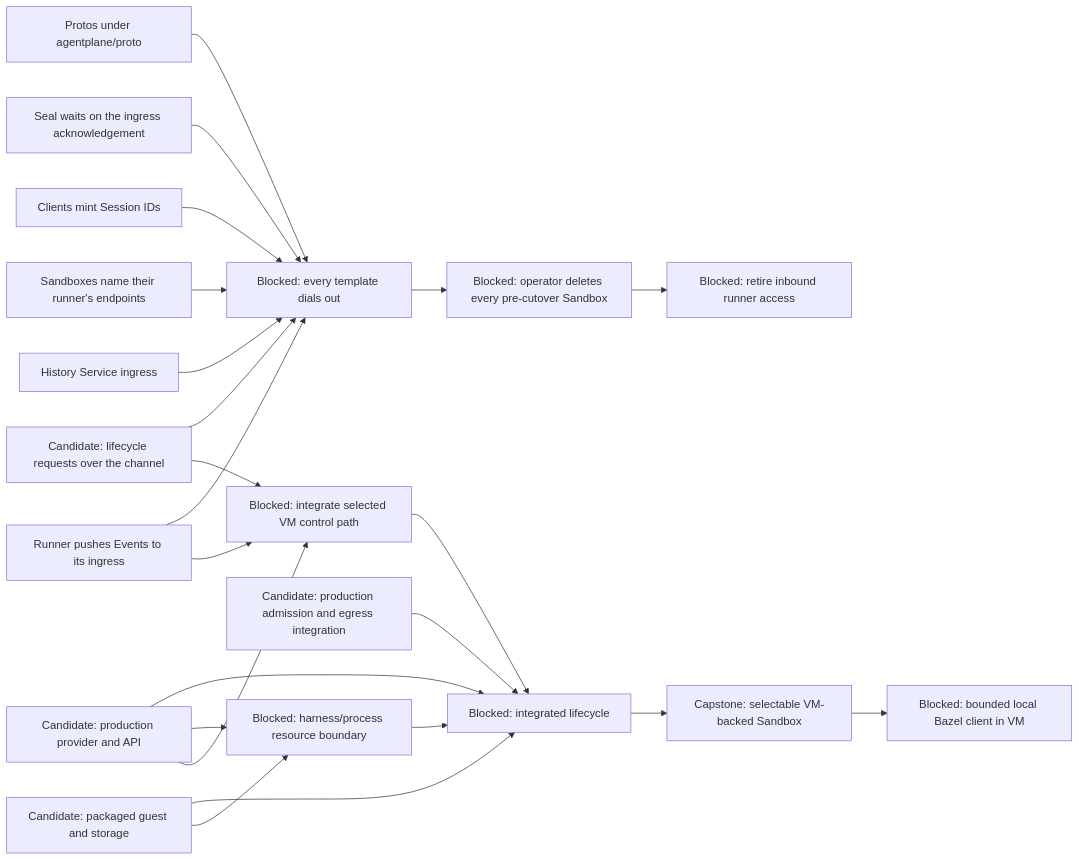
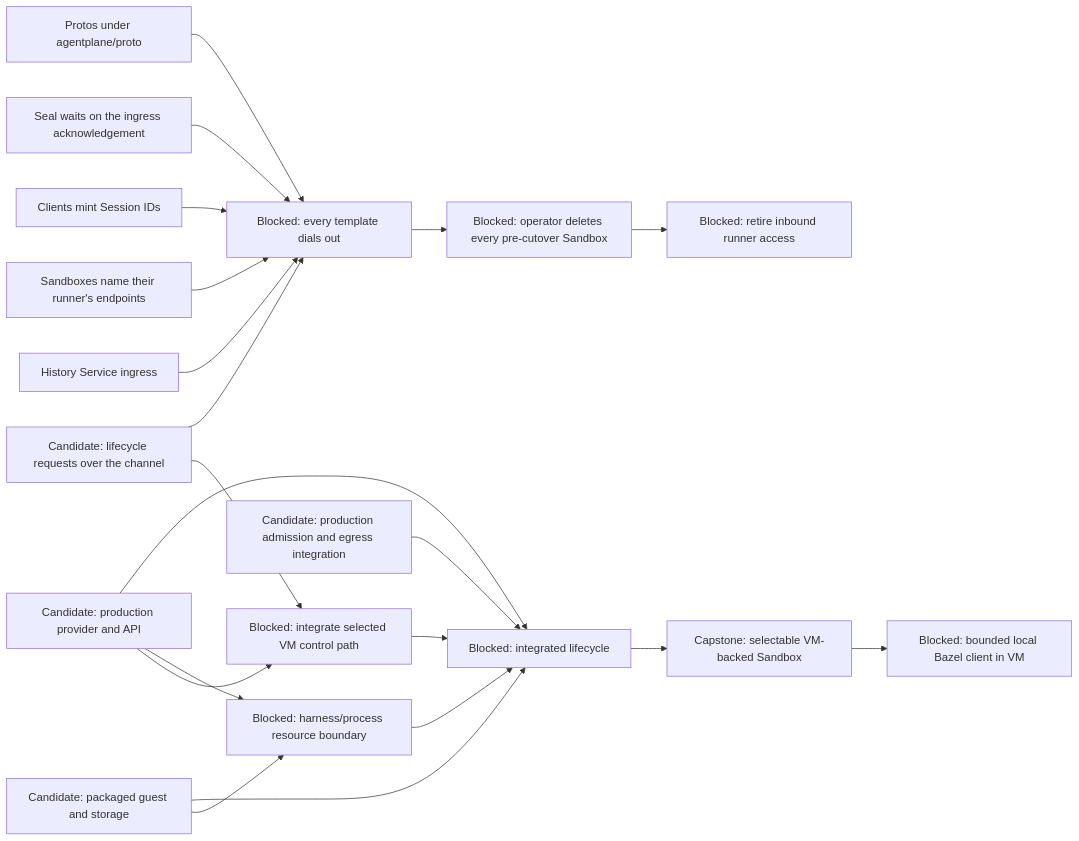
Before and after one commit to agentydragon-agent/ducktape: the sixth of 12 diagrams in agentplane/plans/task_dag.md, drawn with Mermaid. The commit also changed other lines of this file and 15 other files, not shown here.

````diff
--- a/agentplane/plans/task_dag.md
+++ b/agentplane/plans/task_dag.md
@@ -325,32 +325,30 @@
 ```mermaid
 flowchart LR
     RUNNER_OUTBOUND_LIFECYCLE[Candidate: lifecycle requests over the channel]
     RUNNER_OUTBOUND_ROLLOUT[Blocked: every template dials out]
     VM_CONTROL_NETWORKING[Blocked: integrate selected VM control path]
     VM_IMAGE[Candidate: packaged guest and storage]
     VM_PROVIDER[Candidate: production provider and API]
     VM_EGRESS[Candidate: production admission and egress integration]
     VM_PROCESS_ISOLATION[Blocked: harness/process resource boundary]
     VM_LIFECYCLE[Blocked: integrated lifecycle]
     RUNNER_OUTBOUND_LIFECYCLE --> VM_CONTROL_NETWORKING
-    RUNNER_INGRESS_PUSH[Runner pushes Events to its ingress] --> VM_CONTROL_NETWORKING
-    RUNNER_INGRESS_PUSH --> RUNNER_OUTBOUND_ROLLOUT
     HISTORY_INGRESS[History Service ingress] --> RUNNER_OUTBOUND_ROLLOUT
     SANDBOX_RUNNER_ENDPOINTS[Sandboxes name their runner's endpoints] --> RUNNER_OUTBOUND_ROLLOUT
     CLIENT_SESSION_IDS[Clients mint Session IDs] --> RUNNER_OUTBOUND_ROLLOUT
     SEAL_ON_INGRESS_ACK[Seal waits on the ingress acknowledgement] --> RUNNER_OUTBOUND_ROLLOUT
     RUNNER_OUTBOUND_LIFECYCLE --> RUNNER_OUTBOUND_ROLLOUT
     PROTO_DIRECTORY[Protos under agentplane/proto] --> RUNNER_OUTBOUND_ROLLOUT
     RUNNER_OUTBOUND_ROLLOUT --> LEGACY_SANDBOX_RETIRE[Blocked: operator deletes every pre-cutover Sandbox]
     LEGACY_SANDBOX_RETIRE --> RUNNER_INBOUND_RETIRE[Blocked: retire inbound runner access]
     VM_PROVIDER --> VM_CONTROL_NETWORKING
     VM_CONTROL_NETWORKING --> VM_LIFECYCLE
     VM_IMAGE --> VM_PROCESS_ISOLATION
     VM_PROVIDER --> VM_PROCESS_ISOLATION
     VM_IMAGE --> VM_LIFECYCLE
     VM_PROVIDER --> VM_LIFECYCLE
     VM_EGRESS --> VM_LIFECYCLE
     VM_PROCESS_ISOLATION --> VM_LIFECYCLE
     VM_LIFECYCLE --> SANDBOX_VM_ISOLATION[Capstone: selectable VM-backed Sandbox]
     SANDBOX_VM_ISOLATION --> LOCAL_BAZEL[Blocked: bounded local Bazel client in VM]
 ```
````
